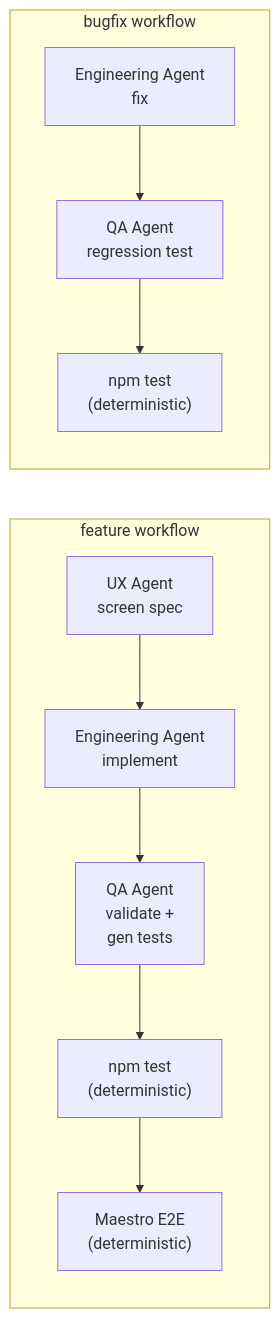
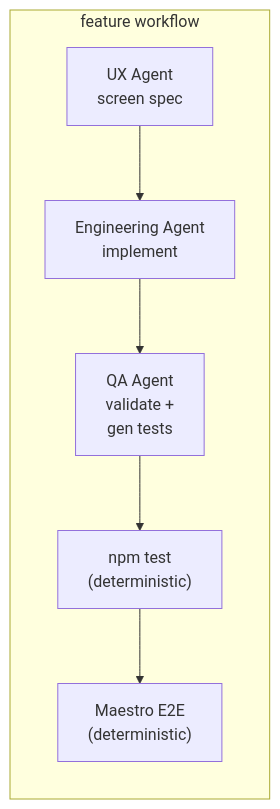
Before and after one commit to dmvieira/appacadabra: the second of 3 diagrams in docs/blog/blog_expanded_part10.md, drawn with Mermaid. The commit also changed other lines of this file and 119 other files, not shown here.

````diff
--- a/docs/blog/blog_expanded_part10.md
+++ b/docs/blog/blog_expanded_part10.md
@@ -110,13 +108,9 @@
 ```mermaid
 flowchart LR
     subgraph FEAT["feature workflow"]
         F1["UX Agent\nscreen spec"] --> F2["Engineering Agent\nimplement"]
         F2 --> F3["QA Agent\nvalidate +\ngen tests"]
         F3 --> F4["npm test\n(deterministic)"]
         F4 --> F5["Maestro E2E\n(deterministic)"]
     end
-    subgraph BUG["bugfix workflow"]
-        B1["Engineering Agent\nfix"] --> B2["QA Agent\nregression test"]
-        B2 --> B3["npm test\n(deterministic)"]
-    end
 ```
````
